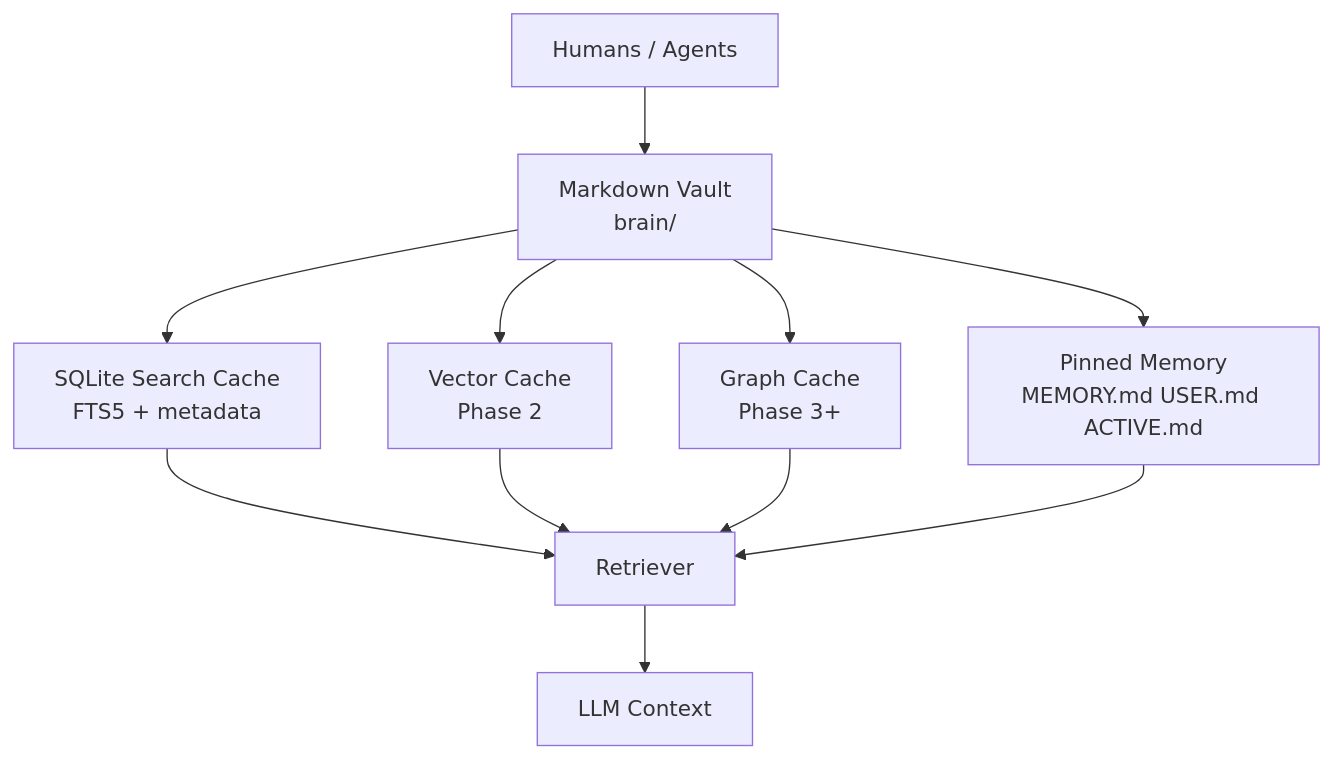
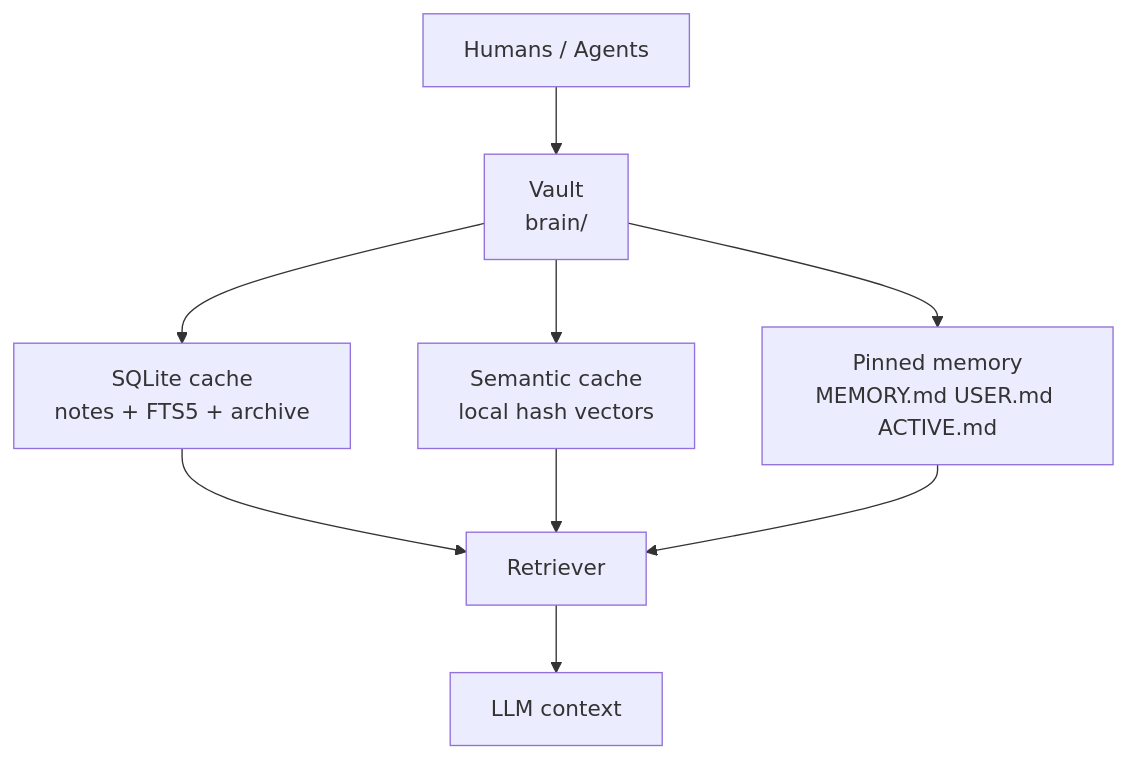
Before and after one commit to Jianyu010/MnemonicOS: the first of 7 diagrams in README.md, drawn with Mermaid. The commit also changed other lines of this file and 19 other files, not shown here.

````diff
--- a/README.md
+++ b/README.md
@@ -17,13 +9,11 @@
 ```mermaid
 flowchart TD
-    A["Humans / Agents"] --> B["Markdown Vault<br/>brain/"]
-    B --> C["SQLite Search Cache<br/>FTS5 + metadata"]
-    B --> D["Vector Cache<br/>Phase 2"]
-    B --> E["Graph Cache<br/>Phase 3+"]
-    C --> F["Retriever"]
-    D --> F
-    E --> F
-    B --> G["Pinned Memory<br/>MEMORY.md USER.md ACTIVE.md"]
-    G --> F
-    F --> H["LLM Context"]
+    A["Humans / Agents"] --> B["Vault<br/>brain/"]
+    B --> C["SQLite cache<br/>notes + FTS5 + archive"]
+    B --> D["Semantic cache<br/>local hash vectors"]
+    C --> E["Retriever"]
+    D --> E
+    B --> F["Pinned memory<br/>MEMORY.md USER.md ACTIVE.md"]
+    F --> E
+    E --> G["LLM context"]
 ```
````
